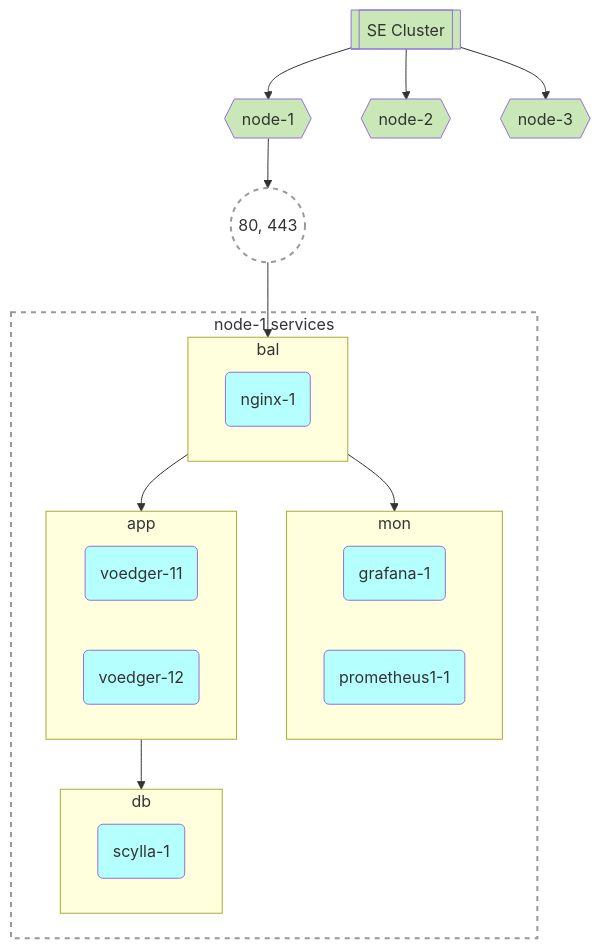
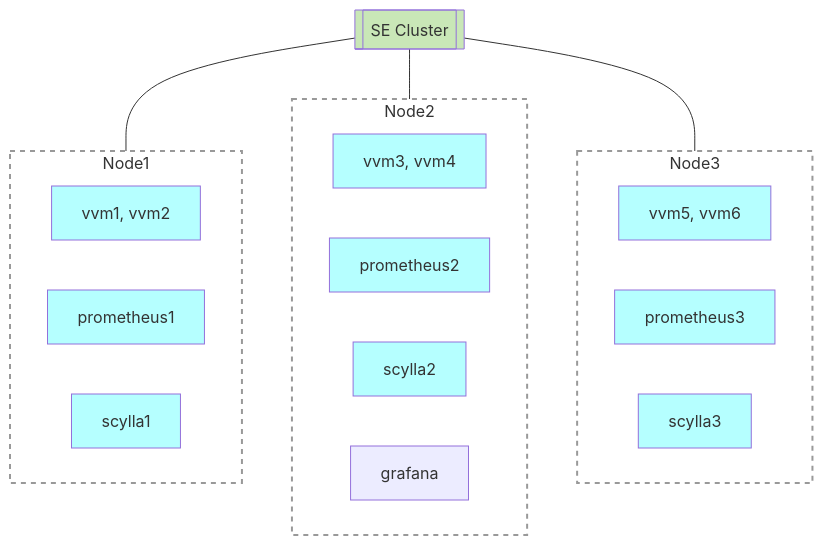
Before and after one commit to voedger/voedger-internals: the diagram in concepts/editions/se.md, drawn with Mermaid. The commit also changed other lines of this file, not shown here.

Commit message:
Revise Standart Edition documentation to enhance clarity and structure, including updated node configurations and monitoring details.

````diff
--- a/concepts/editions/se.md
+++ b/concepts/editions/se.md
@@ -20,51 +29,45 @@
 ```mermaid
   graph TD
-
 
   %% Entities
 
   SECluster[[SE Cluster]]:::H
-  Node1{{"node-1"}}:::H
-  Node2{{"node-2"}}:::H
-  Node3{{"node-3"}}:::H
 
-  Ports1(("80, 443")):::G
+  Node1:::G
+  Node2:::G
+  Node3:::G
 
-  Node1Services:::G
-  subgraph Node1Services[node-1 services]
+  subgraph Node1
+    direction LR
+    vvm12[vvm1, vvm2]:::S
+    prometheus1:::S
+    scylla1:::S
+  end
 
-    subgraph bal
-      nginx1("nginx-1"):::S
-    end
-    subgraph mon
-      grafana1("grafana-1"):::S
-      prometheus1("prometheus1-1"):::S
-    end
-    subgraph app
-      voedger11("voedger-11"):::S
-      voedger12("voedger-12"):::S
-    end
-    subgraph db
-      scylla1("scylla-1"):::S
-    end
-    bal --> mon
-    bal --> app
-    app --> db
+  subgraph Node2
+    direction LR
+    vvm34[vvm3, vvm4]:::S
+    prometheus2:::S
+    scylla2:::S
+    grafana
+  end
+
+  subgraph Node3
+    direction LR
+    vvm56[vvm5, vvm6]:::S
+    prometheus3:::S
+    scylla3:::S
   end
 
   %% Relations
 
-  Ports1  --> bal
-
-
-  SECluster --> Node1
-  SECluster --> Node2
-  SECluster --> Node3
-
-  Node1 --> Ports1
+  SECluster --- Node1
+  SECluster --- Node2
+  SECluster --- Node3
 
   classDef B fill:#FFFFB5,color:#333
   classDef S fill:#B5FFFF,color:#333
   classDef H fill:#C9E7B7,color:#333
-  classDef G fill:#ffffff15, stroke:#999, stroke-width:2px, stroke-dasharray: 5 5
-```
+  classDef G fill:#ffffff15, stroke:#999, stroke-width:2px, stroke-dasharray: 5 5  
+  
+```  
````
